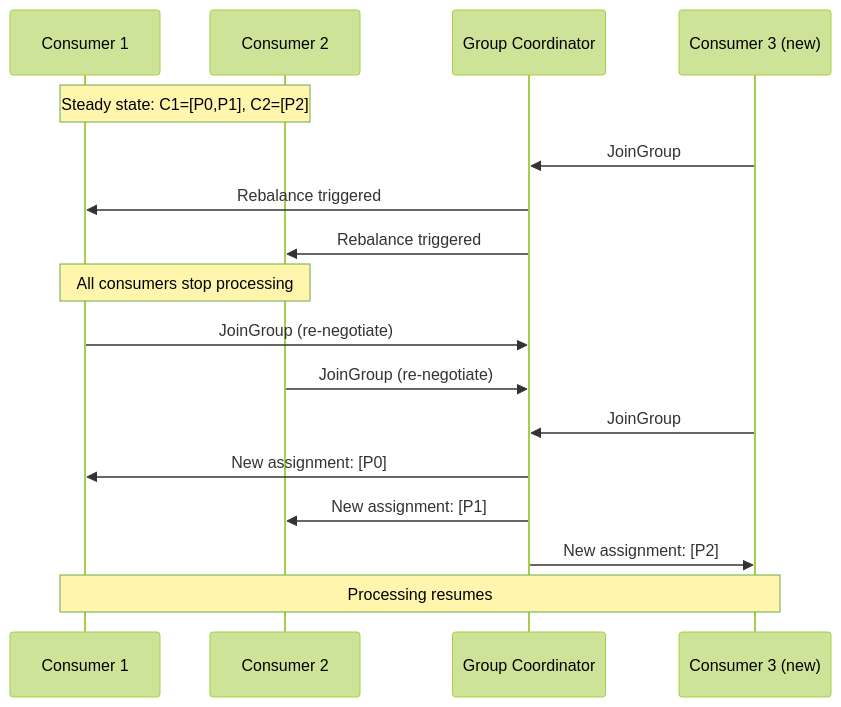
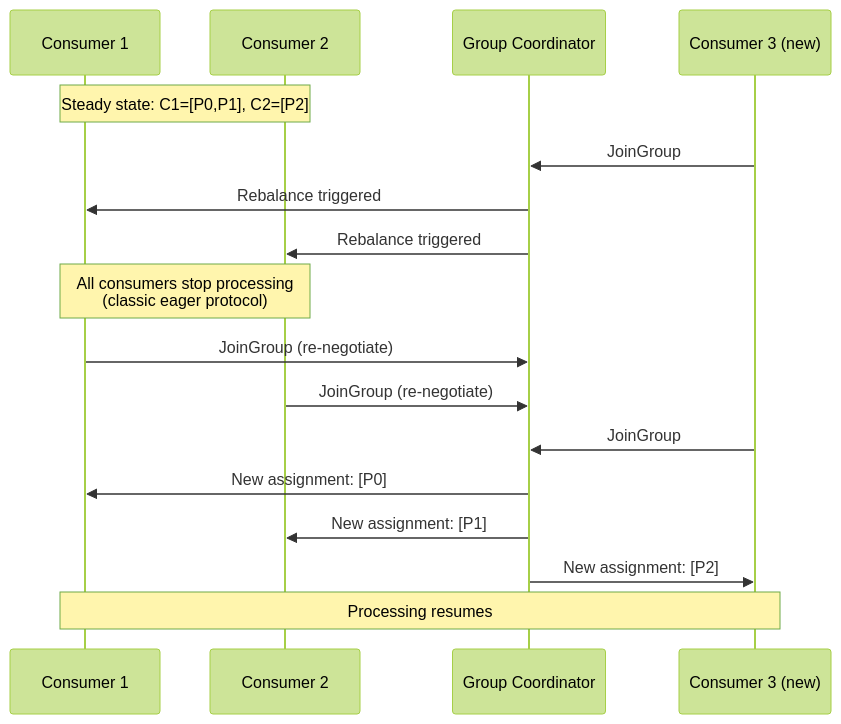
The seventh of 8 diagrams in docs/book/06-chaos-theory.md (actions-marketplace-validations/bmscomp_kates), drawn with Mermaid (forest theme) before and after one commit. The commit also changed other lines of this file and 23 other files, not shown here.

````diff
--- a/docs/book/06-chaos-theory.md
+++ b/docs/book/06-chaos-theory.md
@@ -212,20 +213,20 @@
 ```mermaid
 sequenceDiagram
     participant C1 as Consumer 1
     participant C2 as Consumer 2
     participant Coord as Group Coordinator
     participant C3 as Consumer 3 (new)
     
     Note over C1,C2: Steady state: C1=[P0,P1], C2=[P2]
     C3->>Coord: JoinGroup
     Coord->>C1: Rebalance triggered
     Coord->>C2: Rebalance triggered
-    Note over C1,C2: All consumers stop processing
+    Note over C1,C2: All consumers stop processing<br/>(classic eager protocol)
     C1->>Coord: JoinGroup (re-negotiate)
     C2->>Coord: JoinGroup (re-negotiate)
     C3->>Coord: JoinGroup
     Coord->>C1: New assignment: [P0]
     Coord->>C2: New assignment: [P1]
     Coord->>C3: New assignment: [P2]
     Note over C1,C3: Processing resumes
 ```
````
